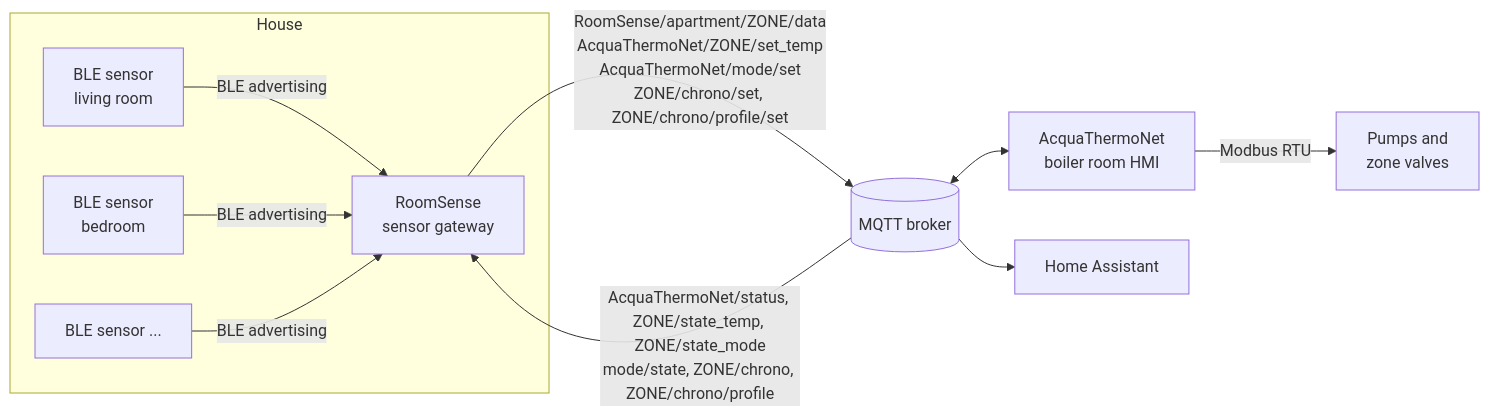
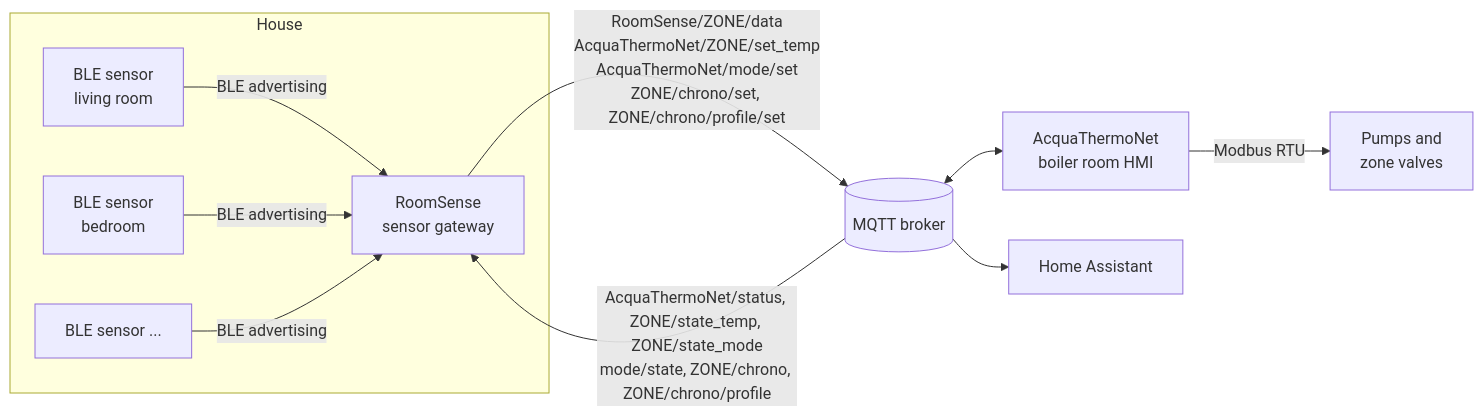
One commit to ska/AcquaThermoNet changed the first of 5 diagrams in docs/SENSOR_GATEWAY_INTERFACE.md. Above: the diagram before and after it, drawn with Mermaid. The commit also changed other lines of this file and 37 other files, not shown here.

First line of the commit message:
AcquaThermoNet 3.0.0

````diff
--- a/docs/SENSOR_GATEWAY_INTERFACE.md
+++ b/docs/SENSOR_GATEWAY_INTERFACE.md
@@ -27,20 +31,20 @@
 ```mermaid
 flowchart LR
     subgraph House
         BLE1["BLE sensor<br/>living room"]
         BLE2["BLE sensor<br/>bedroom"]
         BLEn["BLE sensor ..."]
         GW["RoomSense<br/>sensor gateway"]
     end
     B[("MQTT broker")]
     ATN["AcquaThermoNet<br/>boiler room HMI"]
     HA["Home Assistant"]
     PLANT["Pumps and<br/>zone valves"]
 
     BLE1 & BLE2 & BLEn -- "BLE advertising" --> GW
-    GW -- "RoomSense/apartment/ZONE/data<br/>AcquaThermoNet/ZONE/set_temp<br/>AcquaThermoNet/mode/set<br/>ZONE/chrono/set, ZONE/chrono/profile/set" --> B
+    GW -- "RoomSense/ZONE/data<br/>AcquaThermoNet/ZONE/set_temp<br/>AcquaThermoNet/mode/set<br/>ZONE/chrono/set, ZONE/chrono/profile/set" --> B
     B -- "AcquaThermoNet/status, ZONE/state_temp, ZONE/state_mode<br/>mode/state, ZONE/chrono, ZONE/chrono/profile" --> GW
     B <--> ATN
     B --> HA
     ATN -- "Modbus RTU" --> PLANT
 ```
````
